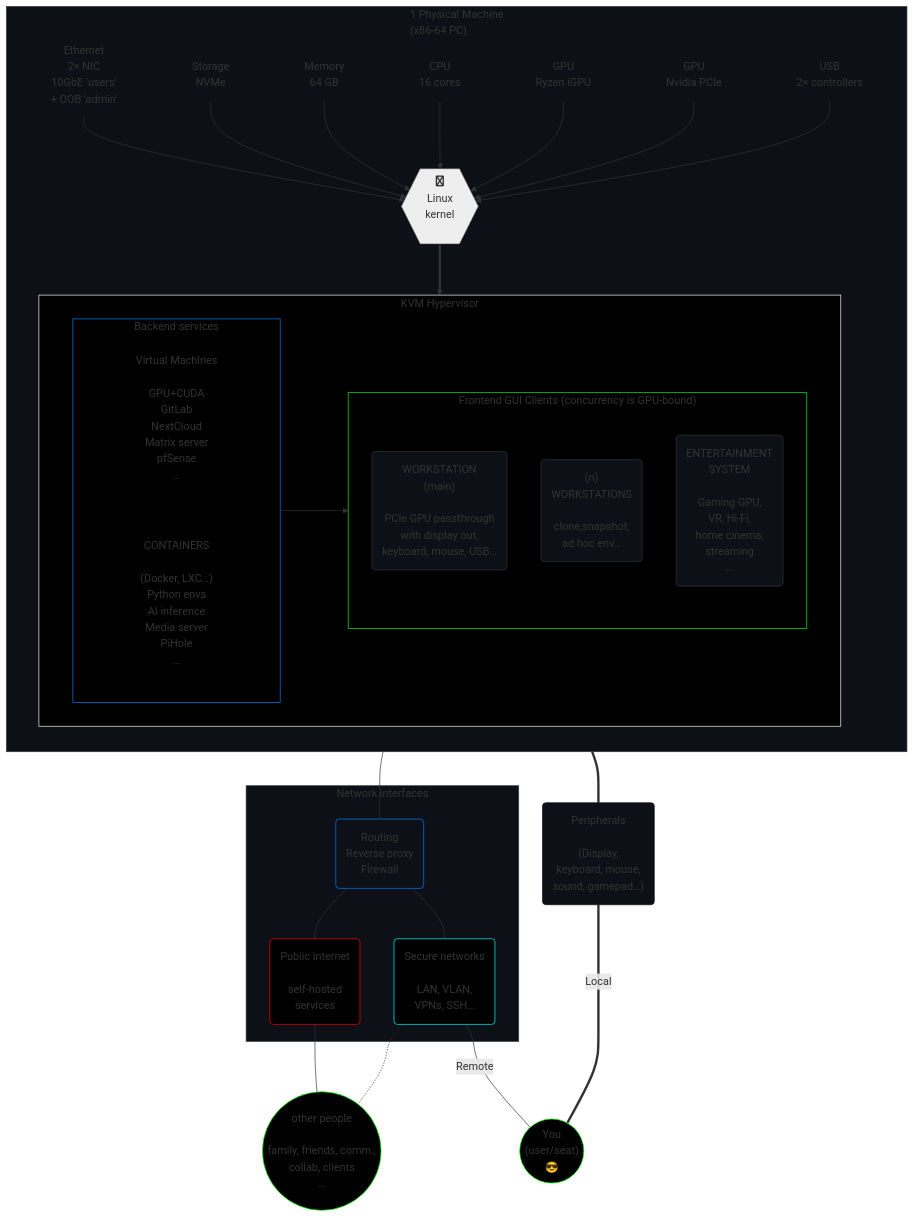
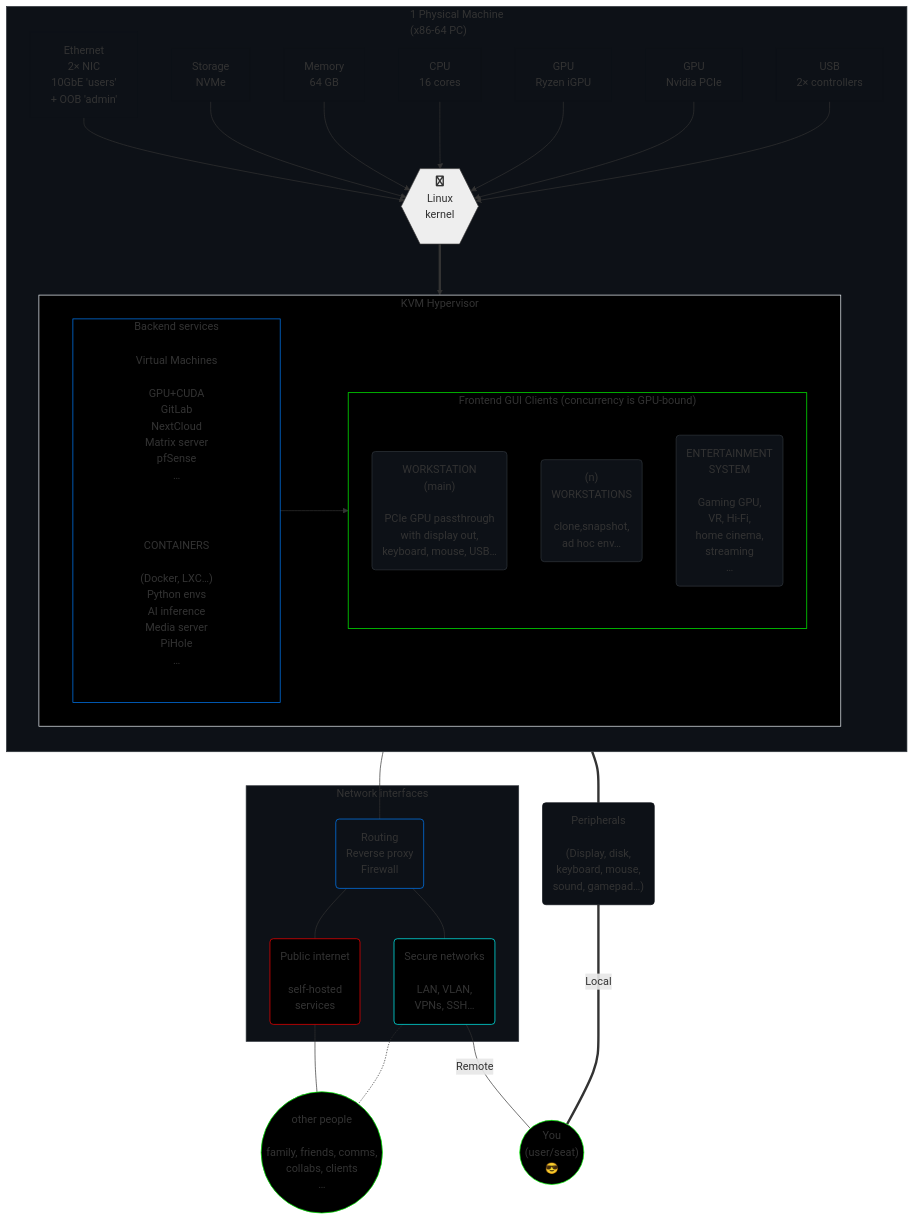
One commit to agenkit/GHost changed the diagram in README.md. Above: the diagram before and after it, drawn with Mermaid.

```diff
--- a/README.md
+++ b/README.md
@@ -78,11 +78,11 @@
 
 p --- net
 
-pn --- o(("other people<br><br>family, friends, comm.,<br>collab, clients<br>…"))
+pn --- o(("other people<br><br>family, friends, comms,<br>collabs, clients<br>…"))
 sn -.- o
 sn --"Remote"--- you
 
-uip("Peripherals<br><br>(Display,<br>keyboard, mouse,<br>sound, gamepad…)")
+uip("Peripherals<br><br>(Display, disk,<br>keyboard, mouse,<br>sound, gamepad…)")
 p === uip =="Local"==== you(("You<br>(user/seat)<br>😎"))
 
 
```
